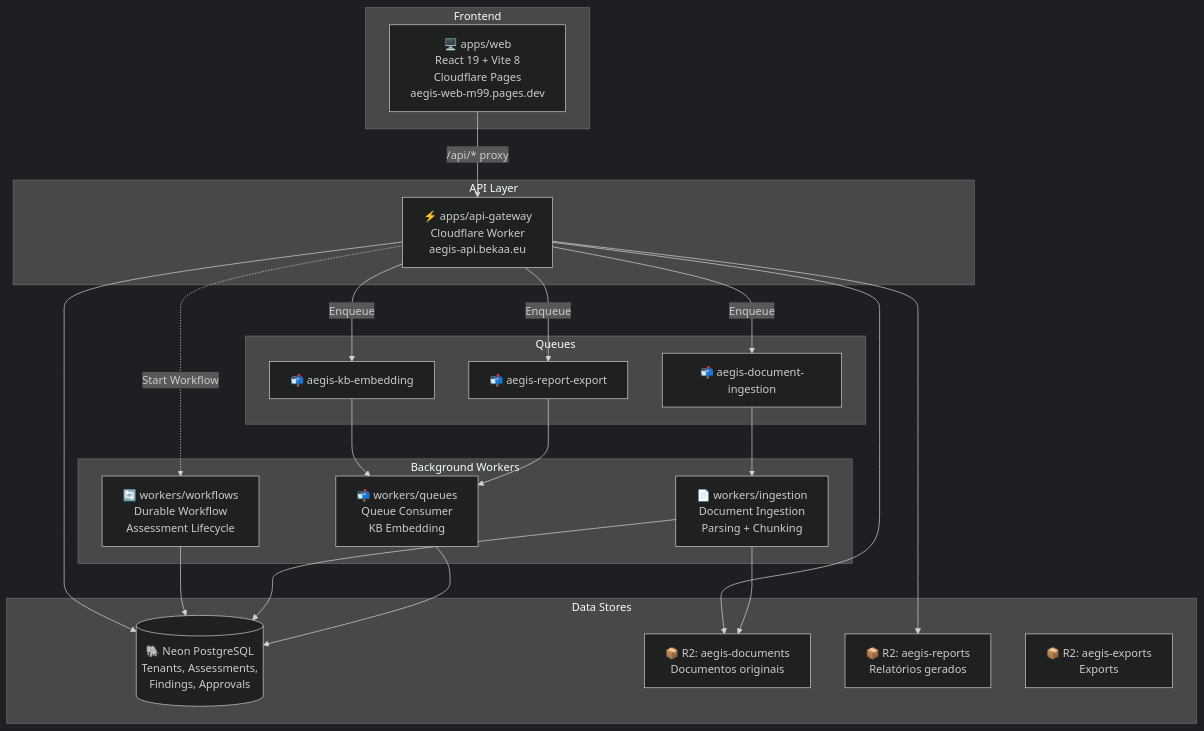
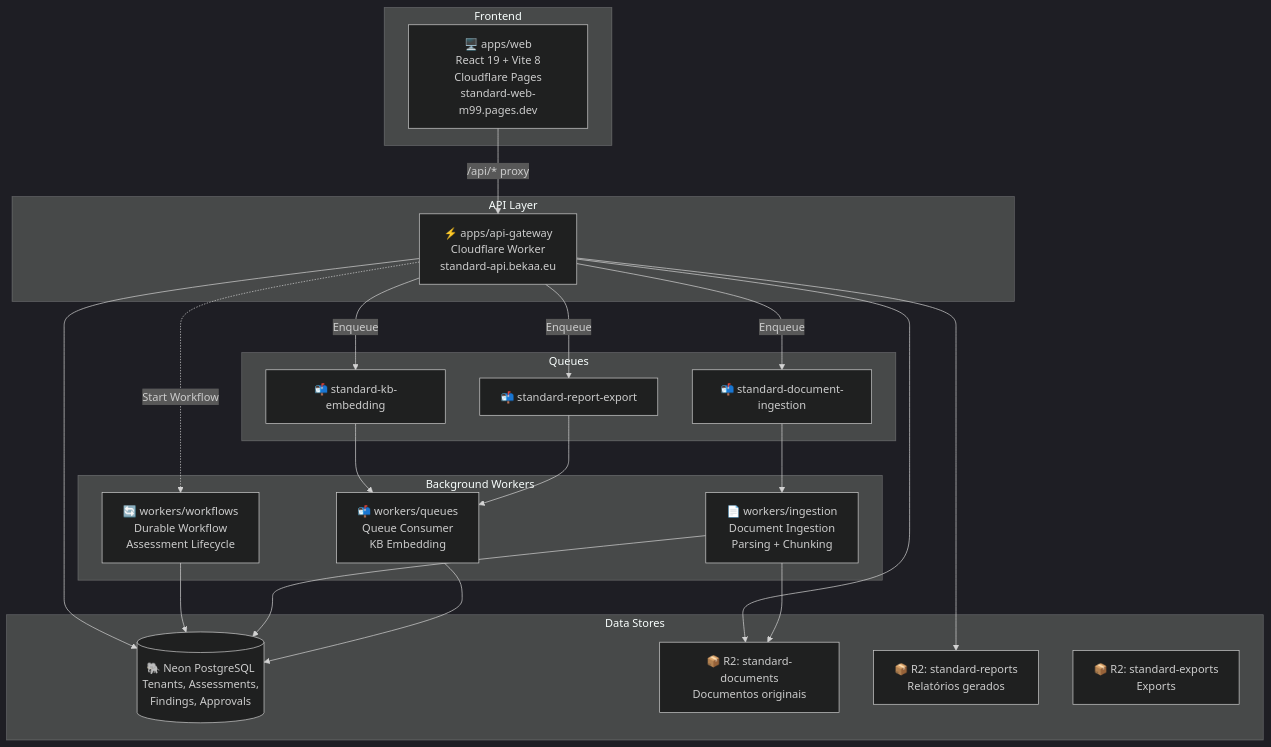
Before and after one commit to resper1965/standard-api: the second of 6 diagrams in _reversa_sdd/03-arquitetura-c4.md, drawn with Mermaid (dark theme). The commit also changed other lines of this file and 361 other files, not shown here.

````diff
--- a/_reversa_sdd/03-arquitetura-c4.md
+++ b/_reversa_sdd/03-arquitetura-c4.md
@@ -37,45 +37,45 @@
 ```mermaid
 graph TB
     subgraph "Frontend"
-        Web["🖥️ apps/web<br/>React 19 + Vite 8<br/>Cloudflare Pages<br/>aegis-web-m99.pages.dev"]
+        Web["🖥️ apps/web<br/>React 19 + Vite 8<br/>Cloudflare Pages<br/>standard-web-m99.pages.dev"]
     end
 
     subgraph "API Layer"
-        GW["⚡ apps/api-gateway<br/>Cloudflare Worker<br/>aegis-api.bekaa.eu"]
+        GW["⚡ apps/api-gateway<br/>Cloudflare Worker<br/>standard-api.bekaa.eu"]
     end
 
     subgraph "Background Workers"
         WF["🔄 workers/workflows<br/>Durable Workflow<br/>Assessment Lifecycle"]
         QC["📬 workers/queues<br/>Queue Consumer<br/>KB Embedding"]
         ING["📄 workers/ingestion<br/>Document Ingestion<br/>Parsing + Chunking"]
     end
 
     subgraph "Data Stores"
         DB[("🐘 Neon PostgreSQL<br/>Tenants, Assessments,<br/>Findings, Approvals")]
-        R2Docs["📦 R2: aegis-documents<br/>Documentos originais"]
-        R2Reports["📦 R2: aegis-reports<br/>Relatórios gerados"]
-        R2Exports["📦 R2: aegis-exports<br/>Exports"]
+        R2Docs["📦 R2: standard-documents<br/>Documentos originais"]
+        R2Reports["📦 R2: standard-reports<br/>Relatórios gerados"]
+        R2Exports["📦 R2: standard-exports<br/>Exports"]
     end
 
     subgraph "Queues"
-        Q1["📬 aegis-document-ingestion"]
-        Q2["📬 aegis-kb-embedding"]
-        Q3["📬 aegis-report-export"]
+        Q1["📬 standard-document-ingestion"]
+        Q2["📬 standard-kb-embedding"]
+        Q3["📬 standard-report-export"]
     end
 
     Web -->|"/api/*" proxy| GW
     GW --> DB
     GW --> R2Docs
     GW --> R2Reports
     GW -->|Enqueue| Q1
     GW -->|Enqueue| Q2
     GW -->|Enqueue| Q3
     Q1 --> ING
     Q2 --> QC
     Q3 --> QC
     GW -.->|Start Workflow| WF
     WF --> DB
     ING --> DB
     ING --> R2Docs
     QC --> DB
 ```
````
